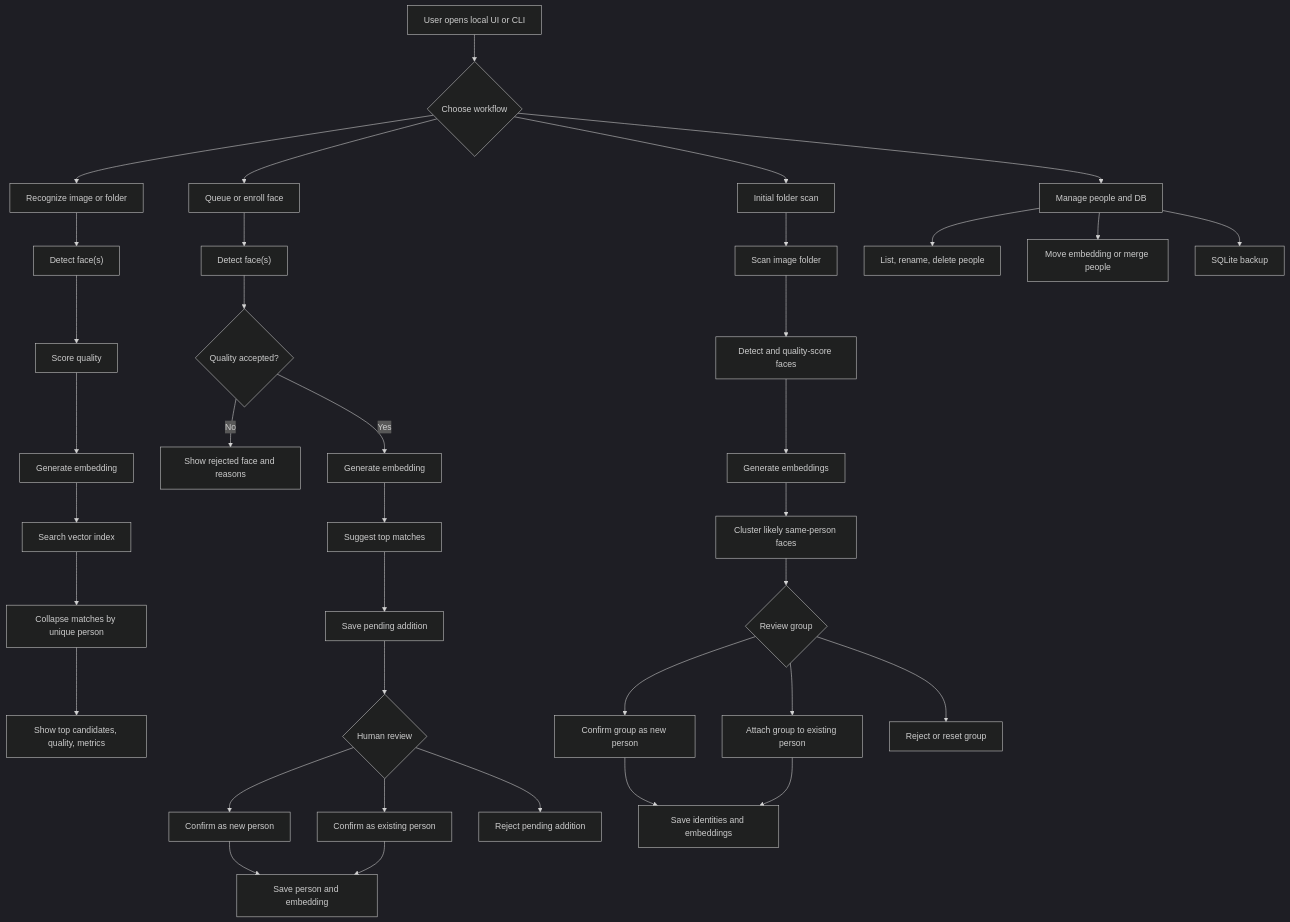
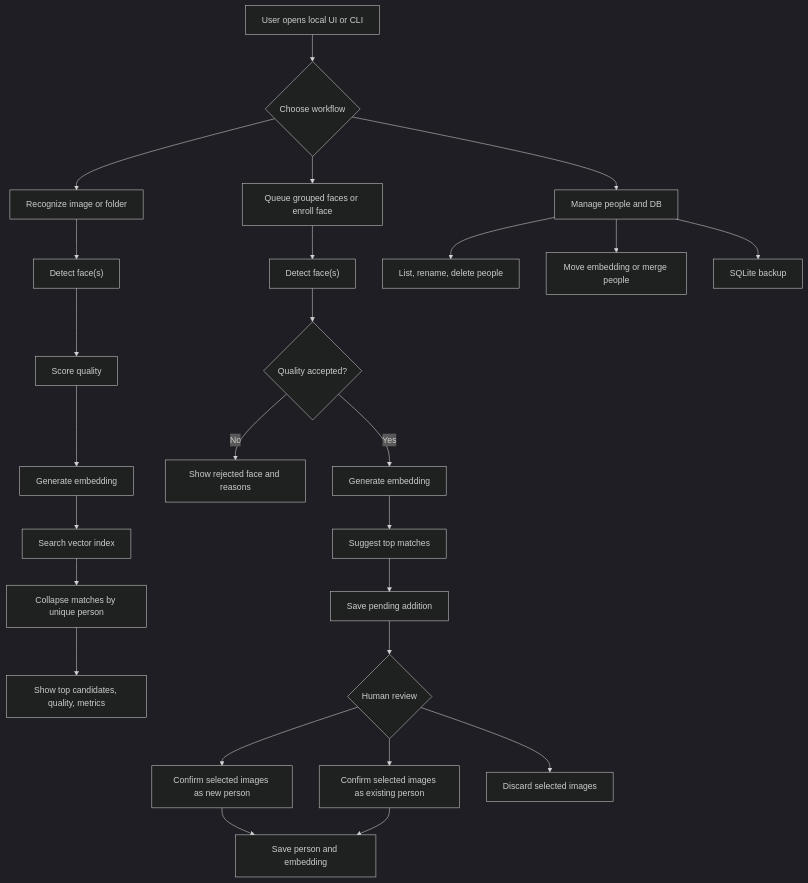
One commit to suraj-singh12/sentri-face-edge changed the first of 2 diagrams in README.md. Above: the diagram before and after it, drawn with Mermaid (dark theme). The commit also changed other lines of this file and 19 other files, not shown here.

Commit message:
Add grouped queue recognition workflow

````diff
--- a/README.md
+++ b/README.md
@@ -27,43 +27,31 @@
 ```mermaid
 flowchart TD
     Start["User opens local UI or CLI"] --> Mode{"Choose workflow"}
     Mode --> Recognize["Recognize image or folder"]
-    Mode --> Add["Queue or enroll face"]
-    Mode --> Init["Initial folder scan"]
+    Mode --> Add["Queue grouped faces or enroll face"]
     Mode --> Manage["Manage people and DB"]
 
     Recognize --> DetectR["Detect face(s)"]
     DetectR --> QualityR["Score quality"]
     QualityR --> EmbedR["Generate embedding"]
     EmbedR --> SearchR["Search vector index"]
     SearchR --> RankR["Collapse matches by unique person"]
     RankR --> ResultR["Show top candidates, quality, metrics"]
 
     Add --> DetectA["Detect face(s)"]
     DetectA --> QualityA{"Quality accepted?"}
     QualityA -->|No| RejectA["Show rejected face and reasons"]
     QualityA -->|Yes| EmbedA["Generate embedding"]
     EmbedA --> SuggestA["Suggest top matches"]
     SuggestA --> PendingA["Save pending addition"]
     PendingA --> ReviewA{"Human review"}
-    ReviewA --> NewA["Confirm as new person"]
-    ReviewA --> ExistingA["Confirm as existing person"]
-    ReviewA --> RejectPendingA["Reject pending addition"]
+    ReviewA --> NewA["Confirm selected images as new person"]
+    ReviewA --> ExistingA["Confirm selected images as existing person"]
+    ReviewA --> RejectPendingA["Discard selected images"]
     NewA --> StoreA["Save person and embedding"]
     ExistingA --> StoreA
-
-    Init --> ScanI["Scan image folder"]
-    ScanI --> DetectI["Detect and quality-score faces"]
-    DetectI --> EmbedI["Generate embeddings"]
-    EmbedI --> ClusterI["Cluster likely same-person faces"]
-    ClusterI --> ReviewI{"Review group"}
-    ReviewI --> NewI["Confirm group as new person"]
-    ReviewI --> ExistingI["Attach group to existing person"]
-    ReviewI --> RejectI["Reject or reset group"]
-    NewI --> StoreI["Save identities and embeddings"]
-    ExistingI --> StoreI
 
     Manage --> PeopleM["List, rename, delete people"]
     Manage --> CleanupM["Move embedding or merge people"]
     Manage --> BackupM["SQLite backup"]
 ```
````
